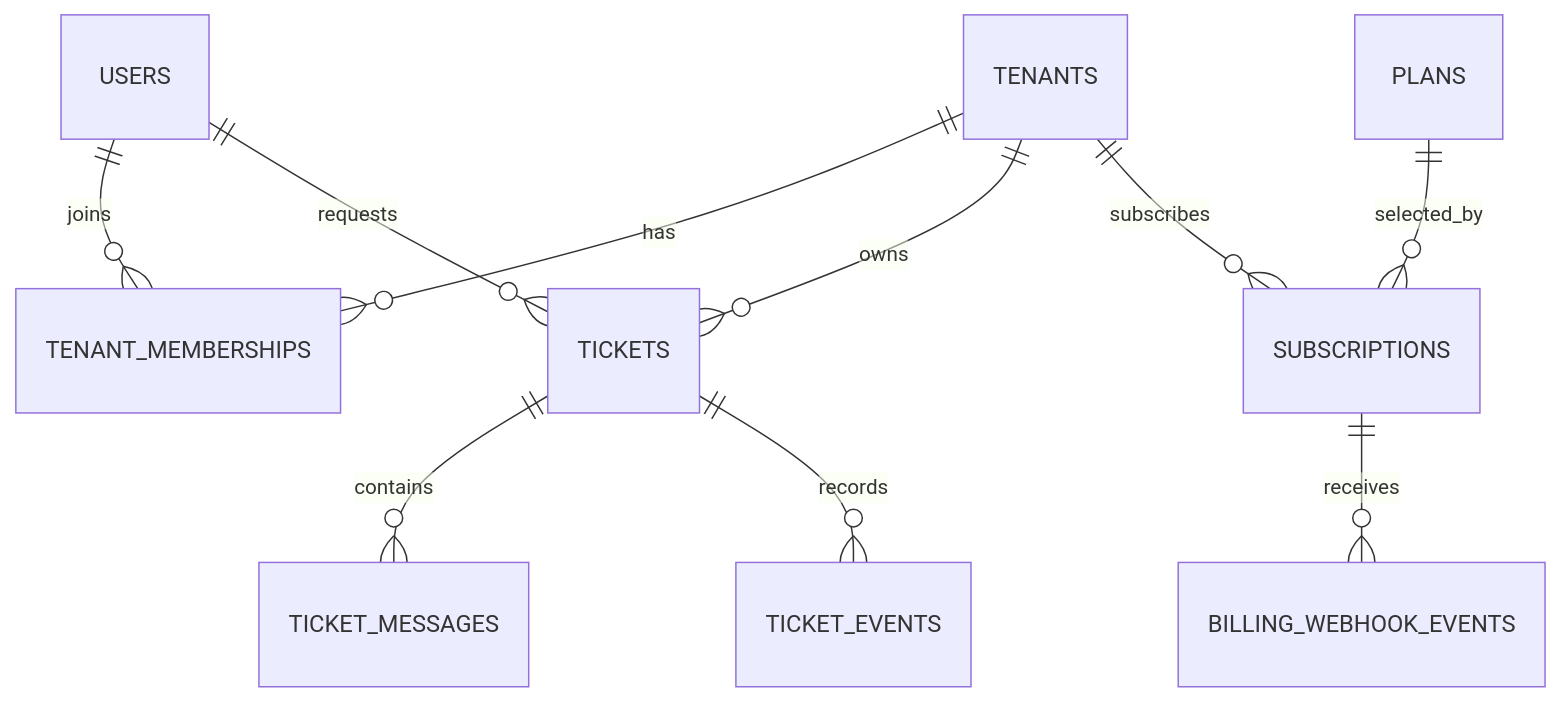
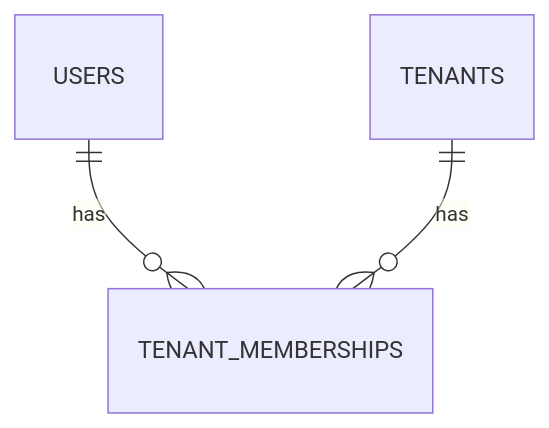
Before and after one commit to fathallah7/multi-tenant-helpdesk-saas: the second of 2 diagrams in docs/architecture/README.md, drawn with Mermaid. The commit also changed other lines of this file, not shown here.

Commit message:
Document Current Architecture Reference

````diff
--- a/docs/architecture/README.md
+++ b/docs/architecture/README.md
@@ -225,12 +162,5 @@
 ```mermaid
 erDiagram
-    USERS ||--o{ TENANT_MEMBERSHIPS : joins
+    USERS ||--o{ TENANT_MEMBERSHIPS : has
     TENANTS ||--o{ TENANT_MEMBERSHIPS : has
-    TENANTS ||--o{ TICKETS : owns
-    USERS ||--o{ TICKETS : requests
-    TICKETS ||--o{ TICKET_MESSAGES : contains
-    TICKETS ||--o{ TICKET_EVENTS : records
-    TENANTS ||--o{ SUBSCRIPTIONS : subscribes
-    PLANS ||--o{ SUBSCRIPTIONS : selected_by
-    SUBSCRIPTIONS ||--o{ BILLING_WEBHOOK_EVENTS : receives
 ```
````
